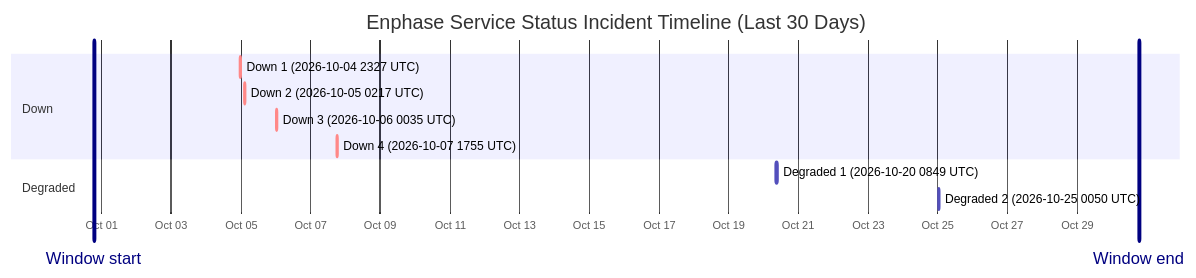
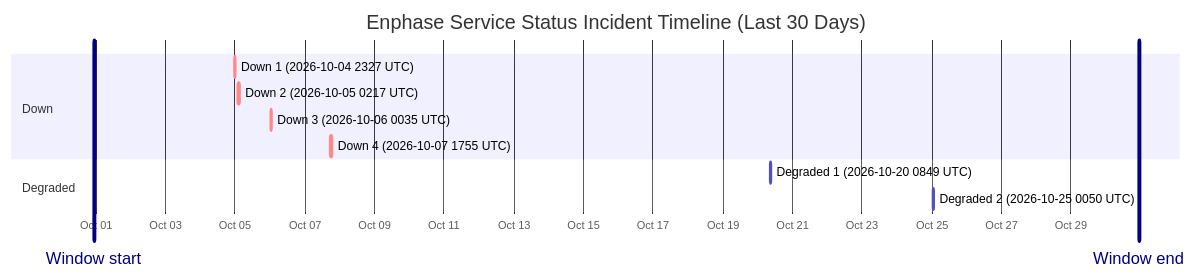
One commit to barneyonline/ha-enphase-energy changed the diagram in wiki/Service-Status-History.md. Above: the diagram before and after it, drawn with Mermaid. The commit also changed other lines of this file and 3 other files, not shown here.

````diff
--- a/wiki/Service-Status-History.md
+++ b/wiki/Service-Status-History.md
@@ -14,16 +14,16 @@
 ```mermaid
 gantt
     title Enphase Service Status Incident Timeline (Last 30 Days)
     dateFormat  YYYY-MM-DDTHH:mm:ss
     axisFormat  %b %d
-    Window start :vert, window-start, 2026-09-30T18:43:12, 0ms
-    Window end :vert, window-end, 2026-10-30T18:43:12, 0ms
+    Window start :vert, window-start, 2026-09-30T22:47:01, 0ms
+    Window end :vert, window-end, 2026-10-30T22:47:01, 0ms
     section Down
     Down 1 (2026-10-04 2327 UTC) :crit, down-1, 2026-10-04T23:27:34, 60m
     Down 2 (2026-10-05 0217 UTC) :crit, down-2, 2026-10-05T02:17:30, 60m
     Down 3 (2026-10-06 0035 UTC) :crit, down-3, 2026-10-06T00:35:21, 60m
     Down 4 (2026-10-07 1755 UTC) :crit, down-4, 2026-10-07T17:55:16, 60m
     section Degraded
     Degraded 1 (2026-10-20 0849 UTC) :active, degraded-1, 2026-10-20T08:49:49, 60m
     Degraded 2 (2026-10-25 0050 UTC) :active, degraded-2, 2026-10-25T00:50:01, 60m
 ```
````
